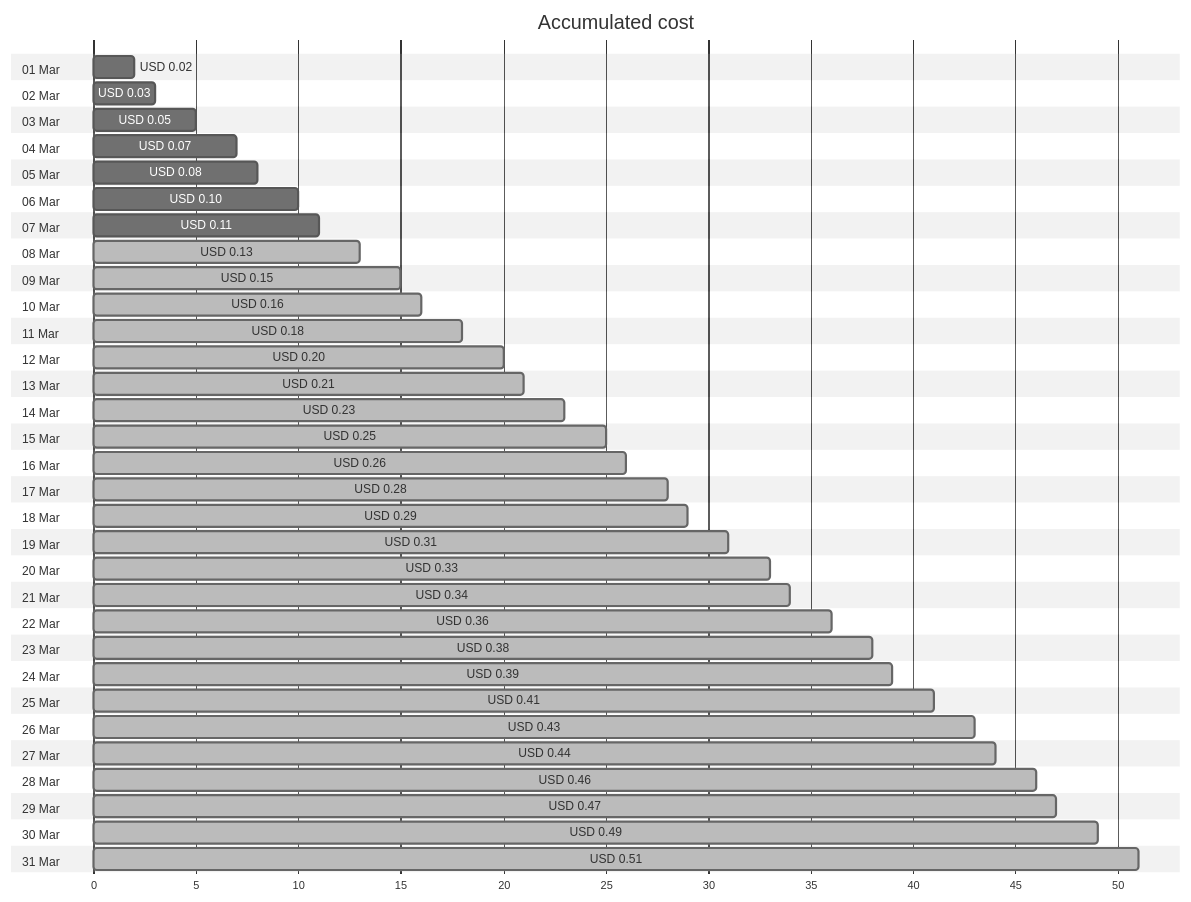
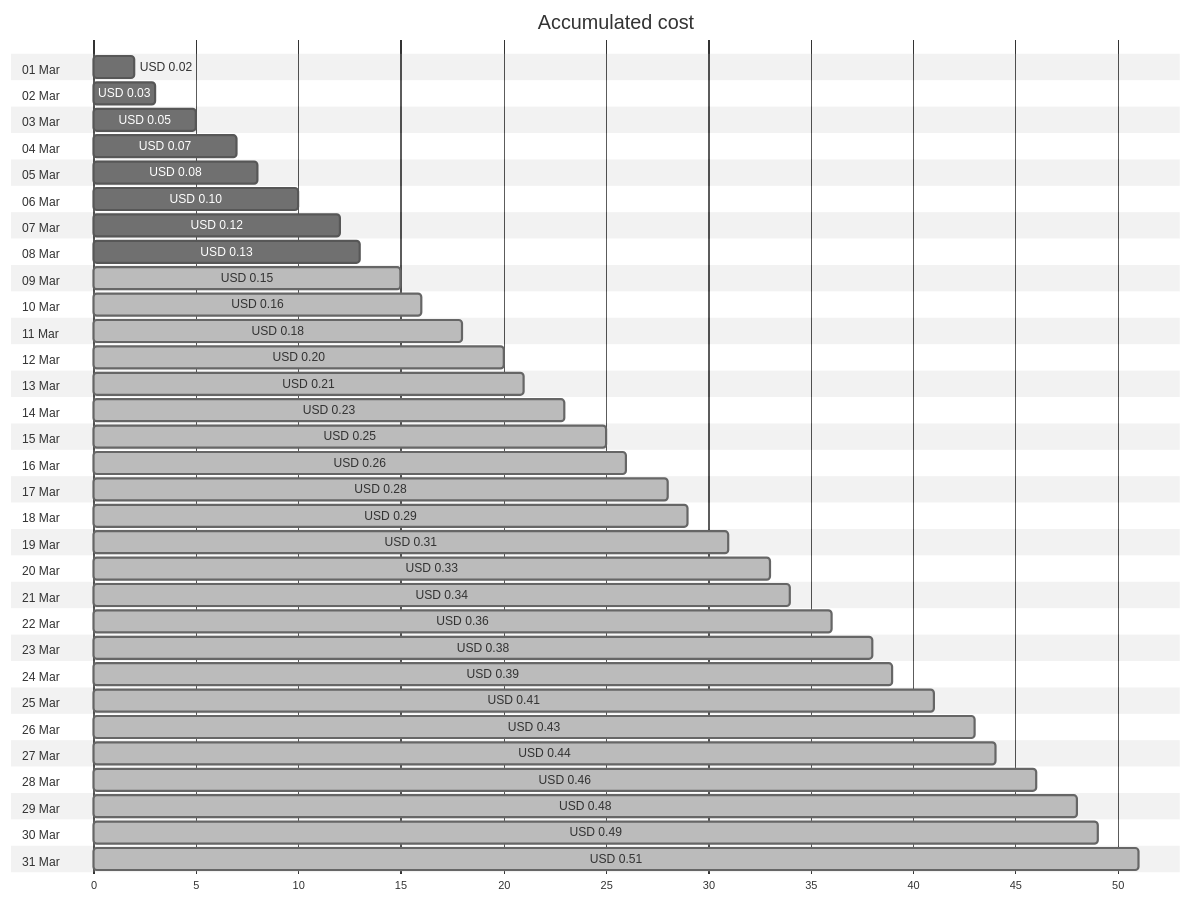
One commit to jpfulton/azure-personal-reports changed the first of 4 diagrams in cost-reports/personal-dns/jpatrickfulton.dev.md. Above: the diagram before and after it, drawn with Mermaid (neutral theme). The commit also changed other lines of this file and 2 other files, not shown here.

````diff
--- a/cost-reports/personal-dns/jpatrickfulton.dev.md
+++ b/cost-reports/personal-dns/jpatrickfulton.dev.md
@@ -20,68 +20,68 @@
 ```mermaid
 gantt
    title Accumulated cost
    dateFormat  X
    axisFormat %s
    section 01 Mar
    USD 0.02 :0, 2
    section 02 Mar
    USD 0.03 :0, 3
    section 03 Mar
    USD 0.05 :0, 5
    section 04 Mar
    USD 0.07 :0, 7
    section 05 Mar
    USD 0.08 :0, 8
    section 06 Mar
    USD 0.10 :0, 10
    section 07 Mar
-   USD 0.11 :0, 11
+   USD 0.12 :0, 12
    section 08 Mar
-   USD 0.13 : done, 0, 13
+   USD 0.13 :0, 13
    section 09 Mar
    USD 0.15 : done, 0, 15
    section 10 Mar
    USD 0.16 : done, 0, 16
    section 11 Mar
    USD 0.18 : done, 0, 18
    section 12 Mar
    USD 0.20 : done, 0, 20
    section 13 Mar
    USD 0.21 : done, 0, 21
    section 14 Mar
    USD 0.23 : done, 0, 23
    section 15 Mar
    USD 0.25 : done, 0, 25
    section 16 Mar
    USD 0.26 : done, 0, 26
    section 17 Mar
    USD 0.28 : done, 0, 28
    section 18 Mar
    USD 0.29 : done, 0, 29
    section 19 Mar
    USD 0.31 : done, 0, 31
    section 20 Mar
    USD 0.33 : done, 0, 33
    section 21 Mar
    USD 0.34 : done, 0, 34
    section 22 Mar
    USD 0.36 : done, 0, 36
    section 23 Mar
    USD 0.38 : done, 0, 38
    section 24 Mar
    USD 0.39 : done, 0, 39
    section 25 Mar
    USD 0.41 : done, 0, 41
    section 26 Mar
    USD 0.43 : done, 0, 43
    section 27 Mar
    USD 0.44 : done, 0, 44
    section 28 Mar
    USD 0.46 : done, 0, 46
    section 29 Mar
-   USD 0.47 : done, 0, 47
+   USD 0.48 : done, 0, 48
    section 30 Mar
    USD 0.49 : done, 0, 49
    section 31 Mar
    USD 0.51 : done, 0, 51
 ```
````
